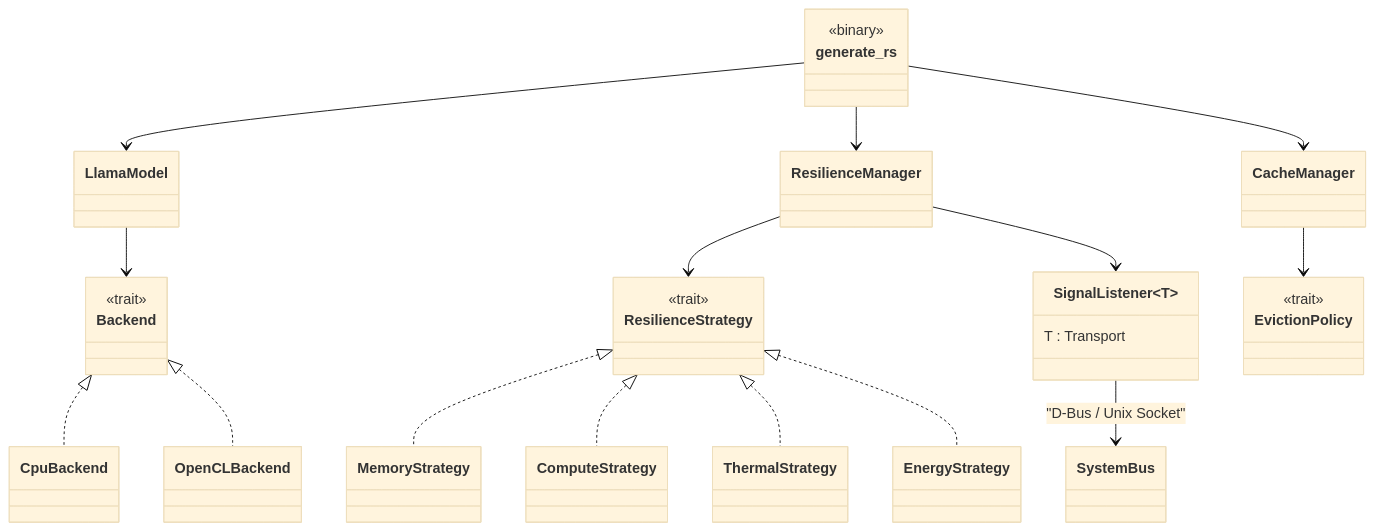
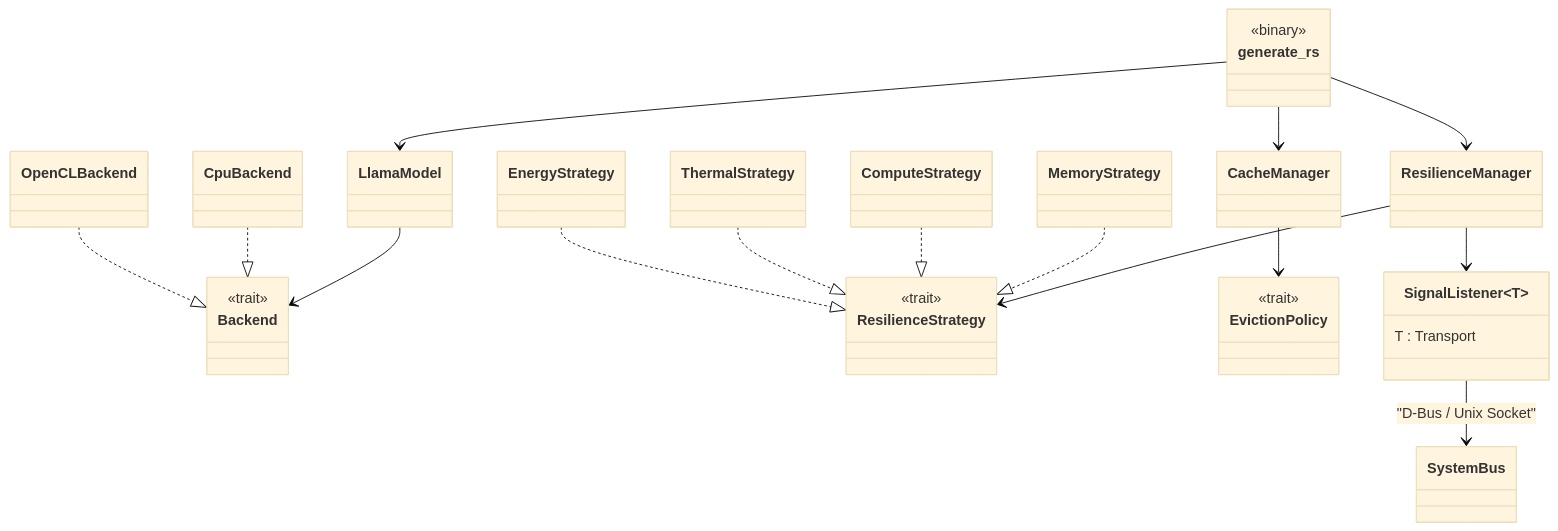
Before and after one commit to hedone21/llm_rs2: the fifth of 5 diagrams in docs/21_resilience_architecture.md, drawn with Mermaid (base theme). The commit also changed 2 other files, not shown here.

Commit message:
fix(docs): reverse Mermaid classDiagram inheritance arrows to fix parse errors
`A <|-- B` and `A <|.. B` syntax causes parse errors in some Mermaid
renderers (the `<` is interpreted as TAGSTART). Reversed to
`B --|> A` / `B ..|> A` which is semantically identical but avoids
the HTML-like angle bracket at line start.

Affected files: ARCHITECTURE.md, 02_core_abstractions.md,
21_resilience_architecture.md

````diff
--- a/docs/21_resilience_architecture.md
+++ b/docs/21_resilience_architecture.md
@@ -900,48 +900,48 @@
 ```mermaid
 classDiagram
     class generate_rs {
         <<binary>>
     }
     class LlamaModel
     class ResilienceManager
     class CacheManager
 
     class Backend {
         <<trait>>
     }
     class ResilienceStrategy {
         <<trait>>
     }
     class EvictionPolicy {
         <<trait>>
     }
 
     class CpuBackend
     class OpenCLBackend
     class MemoryStrategy
     class ComputeStrategy
     class ThermalStrategy
     class EnergyStrategy
     class SignalListener~T~ {
         T : Transport
     }
 
     generate_rs --> LlamaModel
     generate_rs --> ResilienceManager
     generate_rs --> CacheManager
 
     LlamaModel --> Backend
     CacheManager --> EvictionPolicy
     ResilienceManager --> ResilienceStrategy
     ResilienceManager --> SignalListener~T~
 
-    Backend <|.. CpuBackend
-    Backend <|.. OpenCLBackend
+    CpuBackend ..|> Backend
+    OpenCLBackend ..|> Backend
 
-    ResilienceStrategy <|.. MemoryStrategy
-    ResilienceStrategy <|.. ComputeStrategy
-    ResilienceStrategy <|.. ThermalStrategy
-    ResilienceStrategy <|.. EnergyStrategy
+    MemoryStrategy ..|> ResilienceStrategy
+    ComputeStrategy ..|> ResilienceStrategy
+    ThermalStrategy ..|> ResilienceStrategy
+    EnergyStrategy ..|> ResilienceStrategy
 
     SignalListener~T~ --> SystemBus : "D-Bus / Unix Socket"
 ```
````
